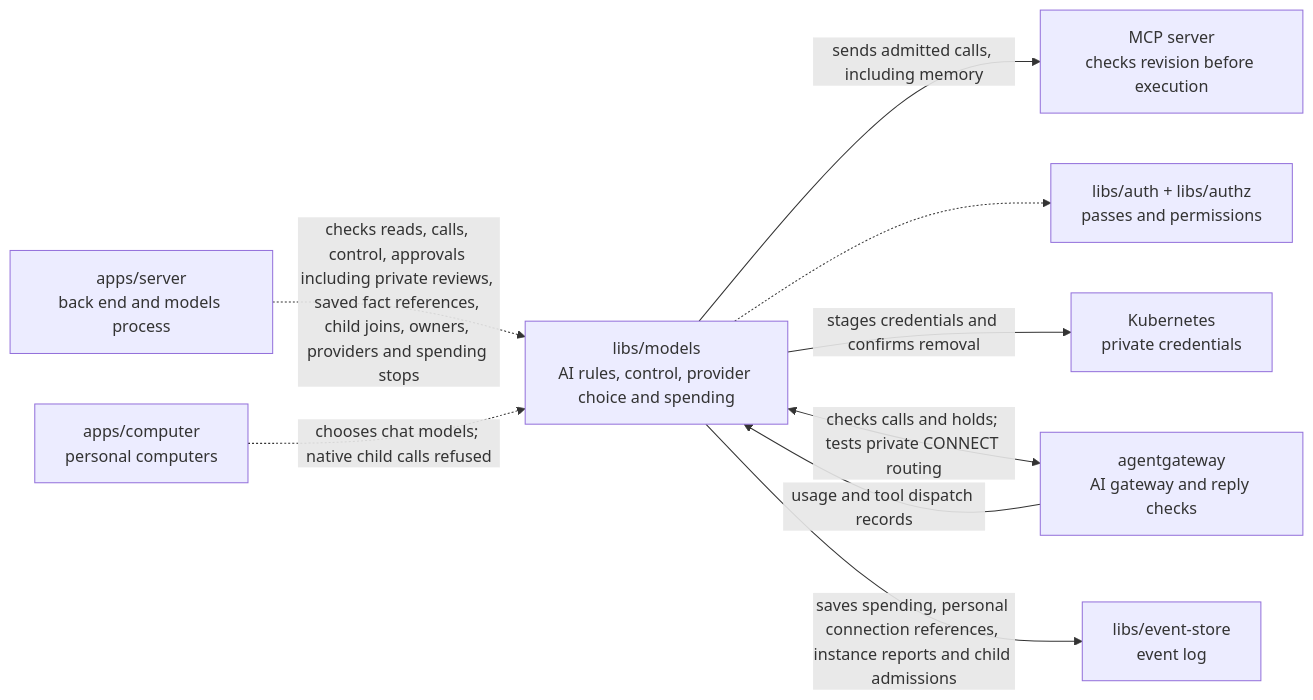
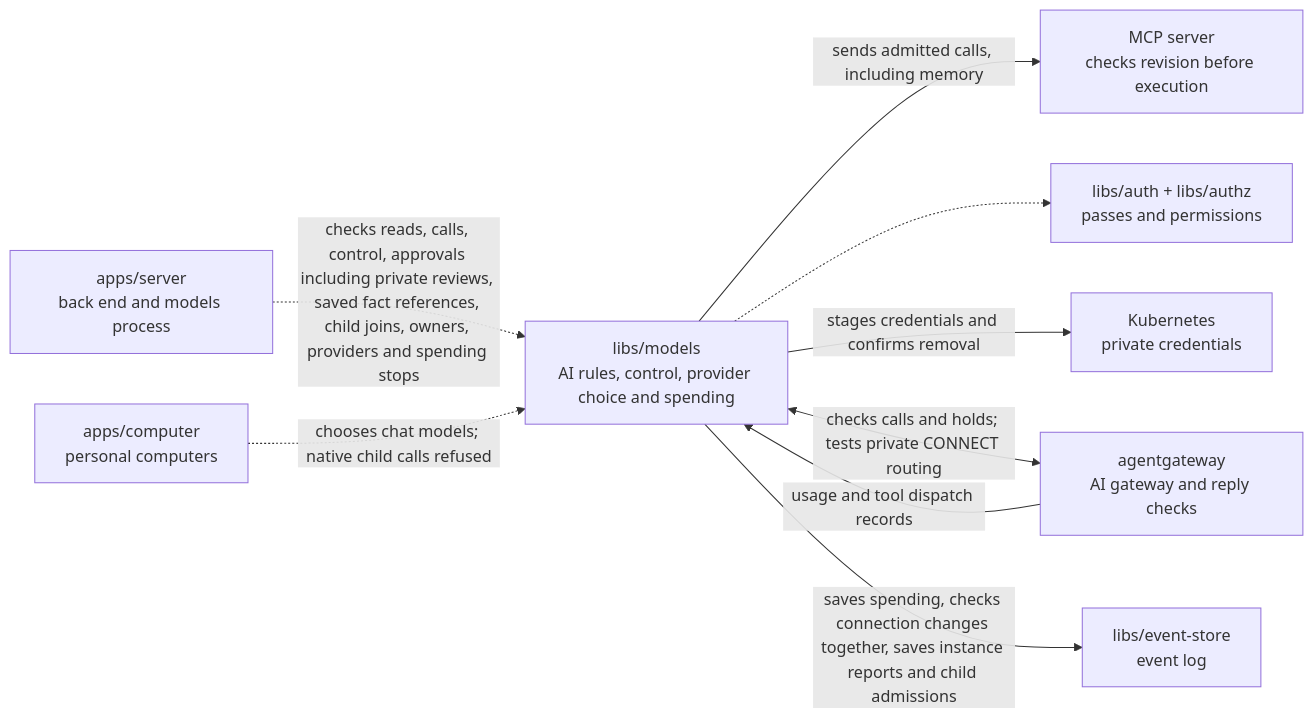
One commit to elewa-git/opencrane-new changed the diagram in libs/models/README.md. Above: the diagram before and after it, drawn with Mermaid. The commit also changed other lines of this file and 10 other files, not shown here.

````diff
--- a/libs/models/README.md
+++ b/libs/models/README.md
@@ -14,11 +14,11 @@
 ```mermaid
 flowchart LR
   server["apps/server<br/>back end and models process"] -.->|checks reads, calls, control, approvals including private reviews, saved fact references, child joins, owners, providers and spending stops| models["libs/models<br/>AI rules, control, provider choice and spending"]
   models -->|sends admitted calls, including memory| mcp["MCP server<br/>checks revision before execution"]
   computer["apps/computer<br/>personal computers"] -.->|chooses chat models; native child calls refused| models
   models -.-> auth["libs/auth + libs/authz<br/>passes and permissions"]
   models -->|stages credentials and confirms removal| custody["Kubernetes<br/>private credentials"]
   models <-->|checks calls and holds; tests private CONNECT routing| gateway["agentgateway<br/>AI gateway and reply checks"]
   gateway -->|usage and tool dispatch records| models
-  models -->|saves spending, personal connection references, instance reports and child admissions| store["libs/event-store<br/>event log"]
+  models -->|saves spending, checks connection changes together, saves instance reports and child admissions| store["libs/event-store<br/>event log"]
 ```
````
